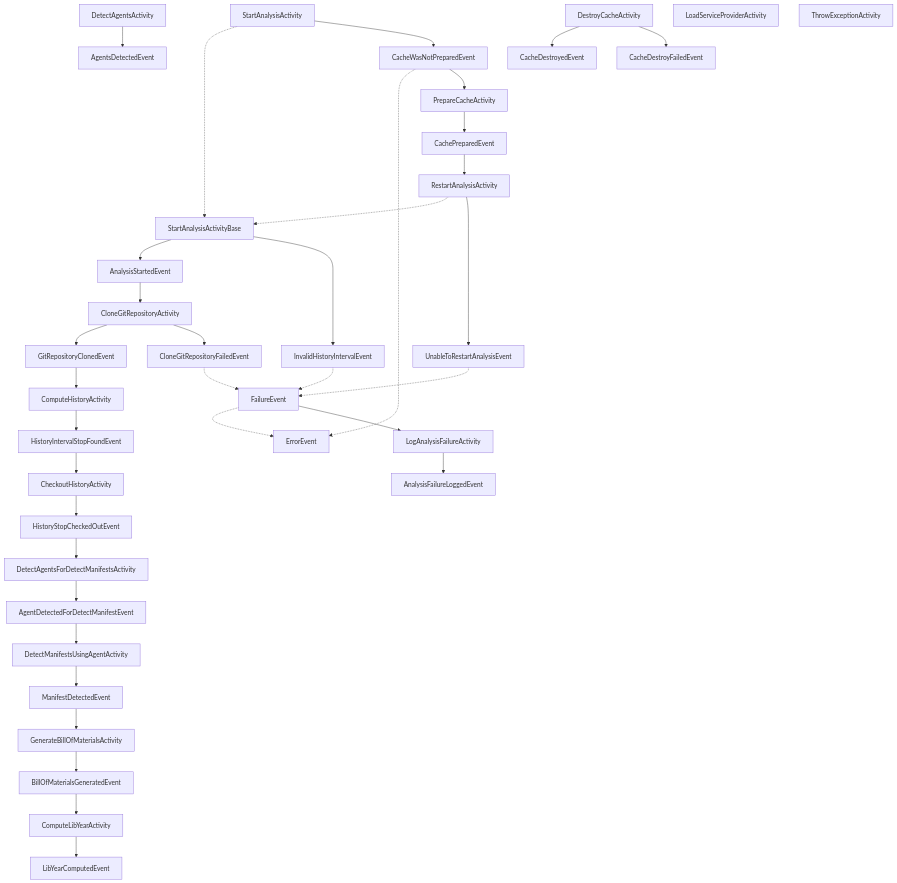
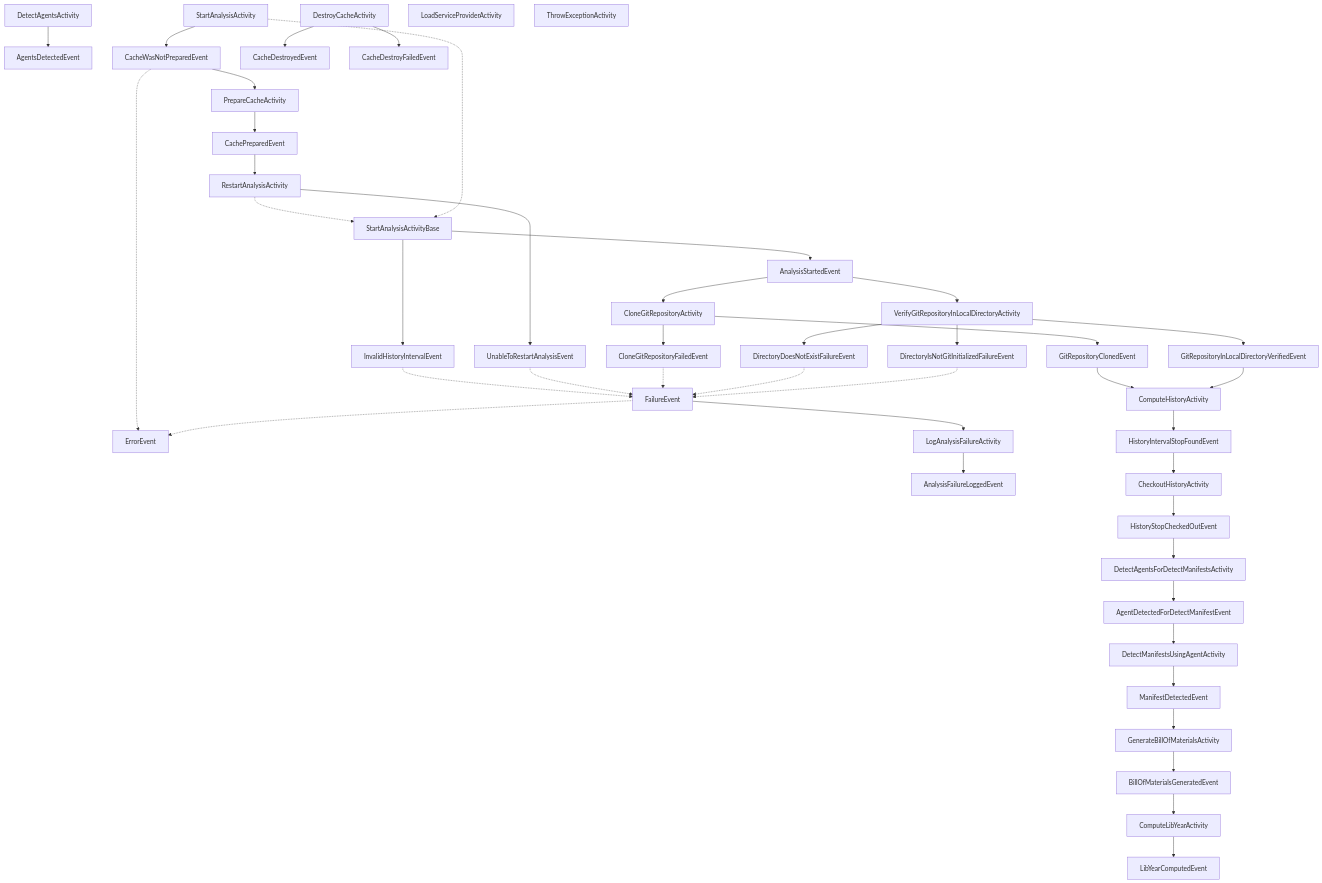
The diagram in docs/activities-and-events.md (corgibytes/freshli-cli), drawn with Mermaid before and after one commit.

Commit message:
Committing auto generated diagram.

````diff
--- a/docs/activities-and-events.md
+++ b/docs/activities-and-events.md
@@ -13,49 +13,58 @@
 ```mermaid
 flowchart TD;
     PrepareCacheActivity --> CachePreparedEvent
     AgentsDetectedEvent
     DetectAgentsActivity --> AgentsDetectedEvent
     AgentDetectedForDetectManifestEvent --> DetectManifestsUsingAgentActivity
     AnalysisFailureLoggedEvent
+    AnalysisStartedEvent --> VerifyGitRepositoryInLocalDirectoryActivity
     AnalysisStartedEvent --> CloneGitRepositoryActivity
     CacheWasNotPreparedEvent -.-> ErrorEvent
     CacheWasNotPreparedEvent --> PrepareCacheActivity
     DetectAgentsForDetectManifestsActivity --> AgentDetectedForDetectManifestEvent
     DetectManifestsUsingAgentActivity --> ManifestDetectedEvent
     ErrorEvent
     FailureEvent -.-> ErrorEvent
     FailureEvent --> LogAnalysisFailureActivity
     InvalidHistoryIntervalEvent -.-> FailureEvent
     InvalidHistoryIntervalEvent
     LogAnalysisFailureActivity --> AnalysisFailureLoggedEvent
     ManifestDetectedEvent --> GenerateBillOfMaterialsActivity
     RestartAnalysisActivity -.-> StartAnalysisActivityBase
     RestartAnalysisActivity --> UnableToRestartAnalysisEvent
     StartAnalysisActivity -.-> StartAnalysisActivityBase
     StartAnalysisActivity --> CacheWasNotPreparedEvent
     StartAnalysisActivityBase --> AnalysisStartedEvent
     StartAnalysisActivityBase --> InvalidHistoryIntervalEvent
     UnableToRestartAnalysisEvent -.-> FailureEvent
     UnableToRestartAnalysisEvent
     BillOfMaterialsGeneratedEvent --> ComputeLibYearActivity
     GenerateBillOfMaterialsActivity --> BillOfMaterialsGeneratedEvent
     CacheDestroyedEvent
     CacheDestroyFailedEvent
     DestroyCacheActivity --> CacheDestroyedEvent
     DestroyCacheActivity --> CacheDestroyFailedEvent
     CachePreparedEvent --> RestartAnalysisActivity
     ComputeLibYearActivity --> LibYearComputedEvent
     CloneGitRepositoryActivity --> GitRepositoryClonedEvent
     CloneGitRepositoryActivity --> CloneGitRepositoryFailedEvent
     CloneGitRepositoryFailedEvent -.-> FailureEvent
     CloneGitRepositoryFailedEvent
+    DirectoryDoesNotExistFailureEvent -.-> FailureEvent
+    DirectoryDoesNotExistFailureEvent
+    DirectoryIsNotGitInitializedFailureEvent -.-> FailureEvent
+    DirectoryIsNotGitInitializedFailureEvent
     GitRepositoryClonedEvent --> ComputeHistoryActivity
+    GitRepositoryInLocalDirectoryVerifiedEvent --> ComputeHistoryActivity
+    VerifyGitRepositoryInLocalDirectoryActivity --> DirectoryDoesNotExistFailureEvent
+    VerifyGitRepositoryInLocalDirectoryActivity --> DirectoryIsNotGitInitializedFailureEvent
+    VerifyGitRepositoryInLocalDirectoryActivity --> GitRepositoryInLocalDirectoryVerifiedEvent
     CheckoutHistoryActivity --> HistoryStopCheckedOutEvent
     ComputeHistoryActivity --> HistoryIntervalStopFoundEvent
     HistoryIntervalStopFoundEvent --> CheckoutHistoryActivity
     HistoryStopCheckedOutEvent --> DetectAgentsForDetectManifestsActivity
     LibYearComputedEvent
     LoadServiceProviderActivity
     ThrowExceptionActivity
 
 ```
````
